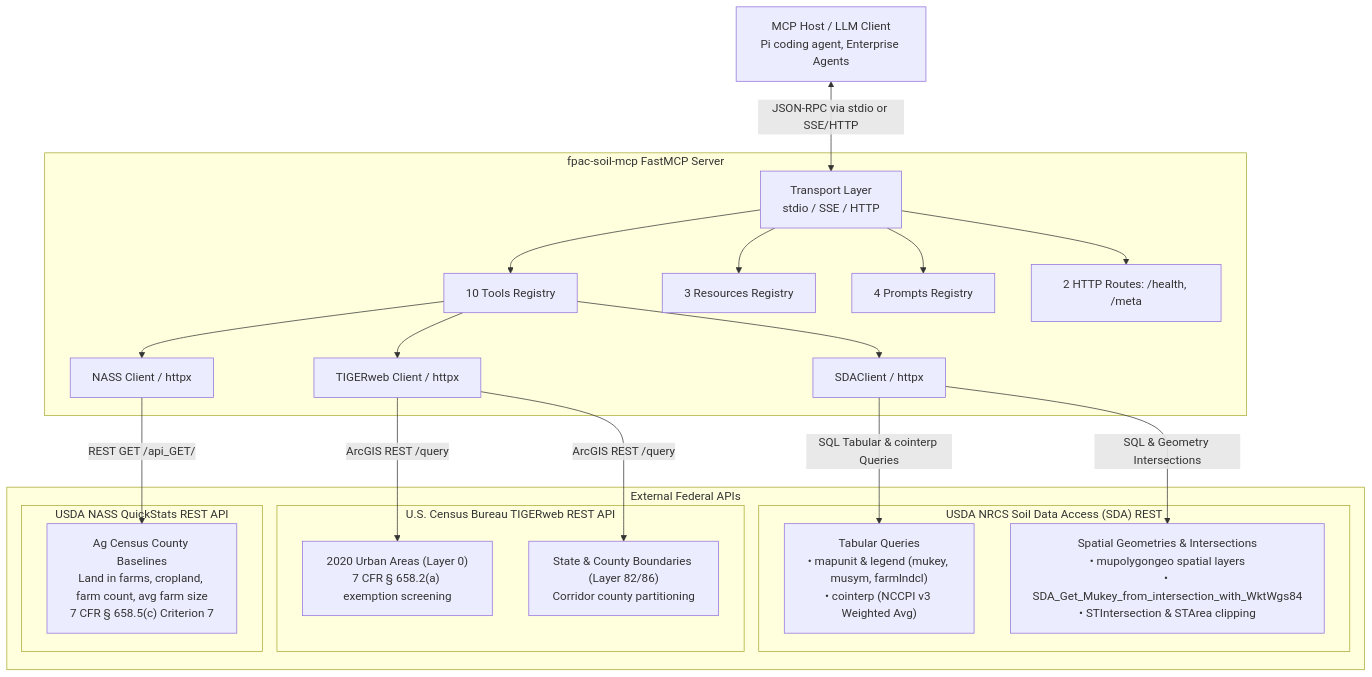
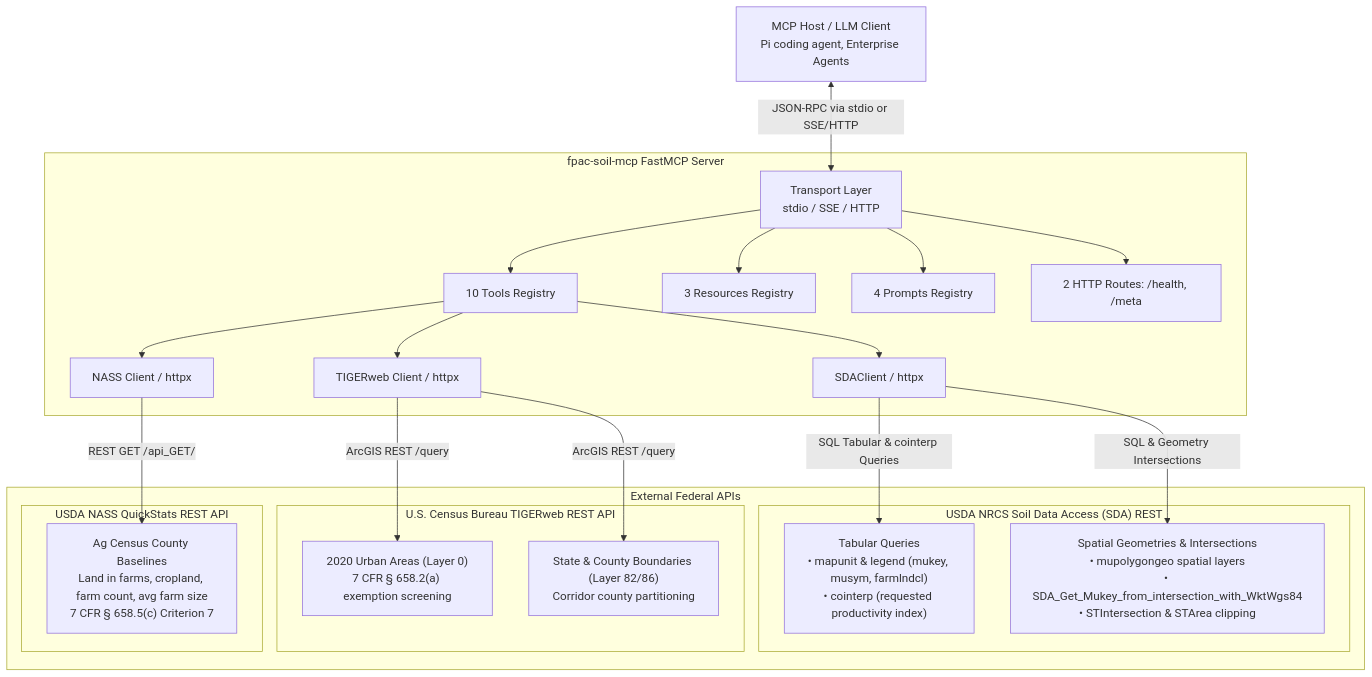
Before and after one commit to AndrewBrown-USDA/fpac-soil-mcp: the diagram in README.md, drawn with Mermaid. The commit also changed other lines of this file and 1 other file, not shown here.

Commit message:
docs: describe generic productivity outputs

````diff
--- a/README.md
+++ b/README.md
@@ -47,43 +47,43 @@
 ```mermaid
 flowchart TD
     Client["MCP Host / LLM Client\nPi coding agent, Enterprise Agents"]
     
     subgraph FastMCP_Server ["fpac-soil-mcp FastMCP Server"]
         Router["Transport Layer\nstdio / SSE / HTTP"]
         Tools["10 Tools Registry"]
         Resources["3 Resources Registry"]
         Prompts["4 Prompts Registry"]
         Routes["2 HTTP Routes: /health, /meta"]
         ClientModule["SDAClient / httpx"]
         TIGERClient["TIGERweb Client / httpx"]
         NASSClient["NASS Client / httpx"]
     end
 
     subgraph External_APIs ["External Federal APIs"]
         subgraph SDA ["USDA NRCS Soil Data Access (SDA) REST"]
-            SDATabular["Tabular Queries\n• mapunit & legend (mukey, musym, farmlndcl)\n• cointerp (NCCPI v3 Weighted Avg)"]
+            SDATabular["Tabular Queries\n• mapunit & legend (mukey, musym, farmlndcl)\n• cointerp (requested productivity index)"]
             SDASpatial["Spatial Geometries & Intersections\n• mupolygongeo spatial layers\n• SDA_Get_Mukey_from_intersection_with_WktWgs84\n• STIntersection & STArea clipping"]
         end
         subgraph TIGERweb ["U.S. Census Bureau TIGERweb REST API"]
             TIGERUrban["2020 Urban Areas (Layer 0)\n7 CFR § 658.2(a) exemption screening"]
             TIGERCounty["State & County Boundaries (Layer 82/86)\nCorridor county partitioning"]
         end
         subgraph NASS ["USDA NASS QuickStats REST API"]
             NASSStats["Ag Census County Baselines\nLand in farms, cropland, farm count, avg farm size\n7 CFR § 658.5(c) Criterion 7"]
         end
     end
 
     Client <-->|JSON-RPC via stdio or SSE/HTTP| Router
     Router --> Tools
     Router --> Resources
     Router --> Prompts
     Router --> Routes
     Tools --> ClientModule
     Tools --> TIGERClient
     Tools --> NASSClient
     ClientModule -->|SQL & Geometry Intersections| SDASpatial
     ClientModule -->|SQL Tabular & cointerp Queries| SDATabular
     TIGERClient -->|ArcGIS REST /query| TIGERUrban
     TIGERClient -->|ArcGIS REST /query| TIGERCounty
     NASSClient -->|REST GET /api_GET/| NASSStats
 ```
````
